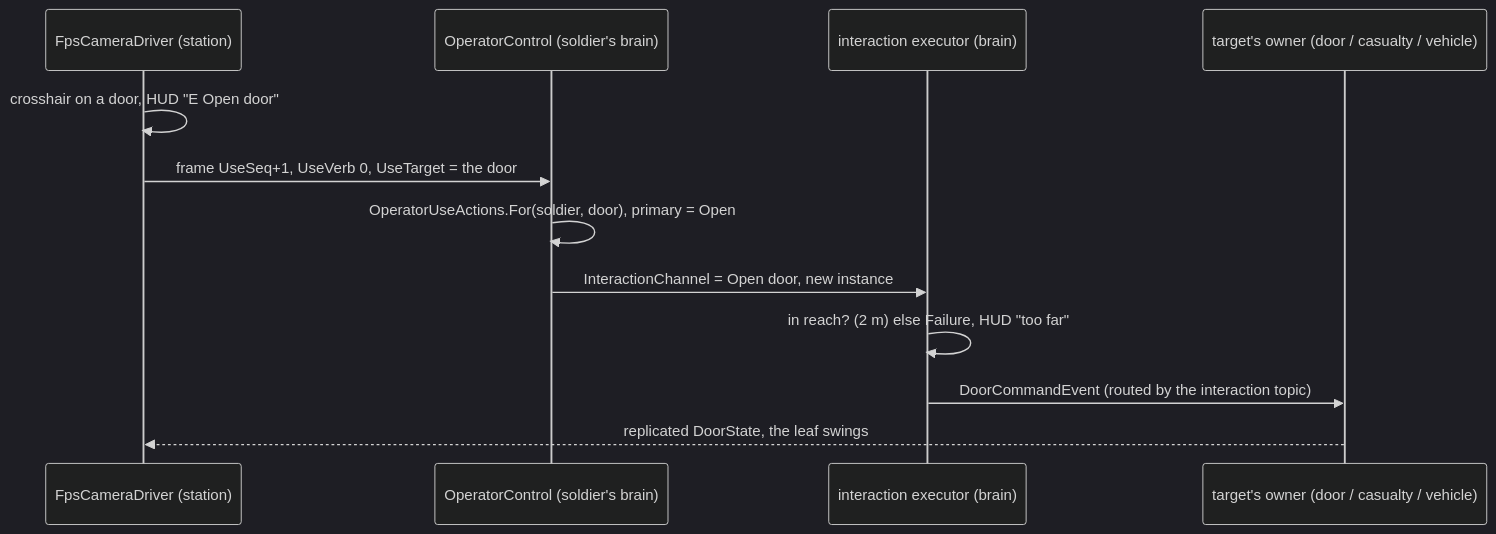
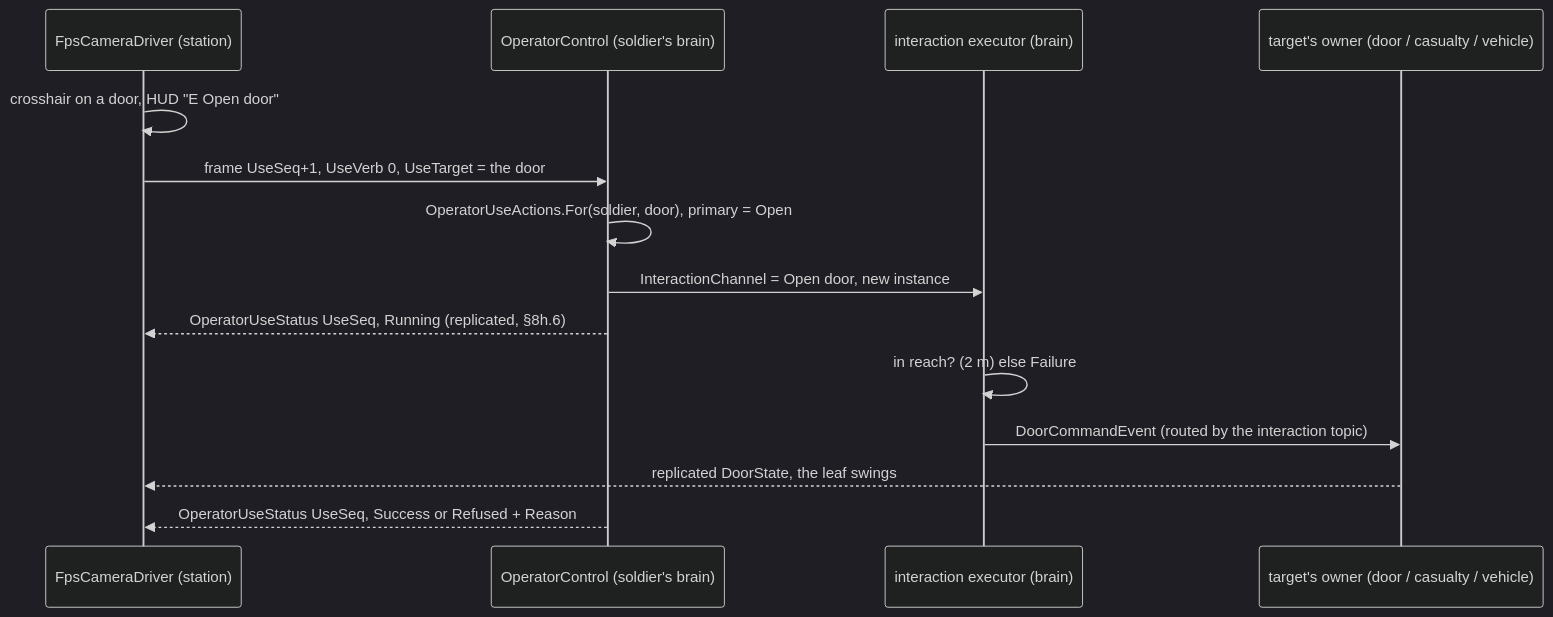
One commit to pjanec/HROT changed diagram 25 of 32 in docs/DESIGN_Entity_Control.md. Above: the diagram before and after it, drawn with Mermaid (dark theme). The commit also changed other lines of this file and 1 other file, not shown here.

First line of the commit message:
ui: §8h use key READY TO BUILD — the brain's verdict back to the HUD (§8h.6), items CE-1151..CE-1158

````diff
--- a/docs/DESIGN_Entity_Control.md
+++ b/docs/DESIGN_Entity_Control.md
@@ -1000,14 +1008,16 @@
 ```mermaid
 sequenceDiagram
     participant D as FpsCameraDriver (station)
     participant O as OperatorControl (soldier's brain)
     participant X as interaction executor (brain)
     participant T as target's owner (door / casualty / vehicle)
     D->>D: crosshair on a door, HUD "E Open door"
     D->>O: frame UseSeq+1, UseVerb 0, UseTarget = the door
     O->>O: OperatorUseActions.For(soldier, door), primary = Open
     O->>X: InteractionChannel = Open door, new instance
-    X->>X: in reach? (2 m) else Failure, HUD "too far"
+    O-->>D: OperatorUseStatus UseSeq, Running (replicated, §8h.6)
+    X->>X: in reach? (2 m) else Failure
     X->>T: DoorCommandEvent (routed by the interaction topic)
     T-->>D: replicated DoorState, the leaf swings
+    O-->>D: OperatorUseStatus UseSeq, Success or Refused + Reason
 ```
````
